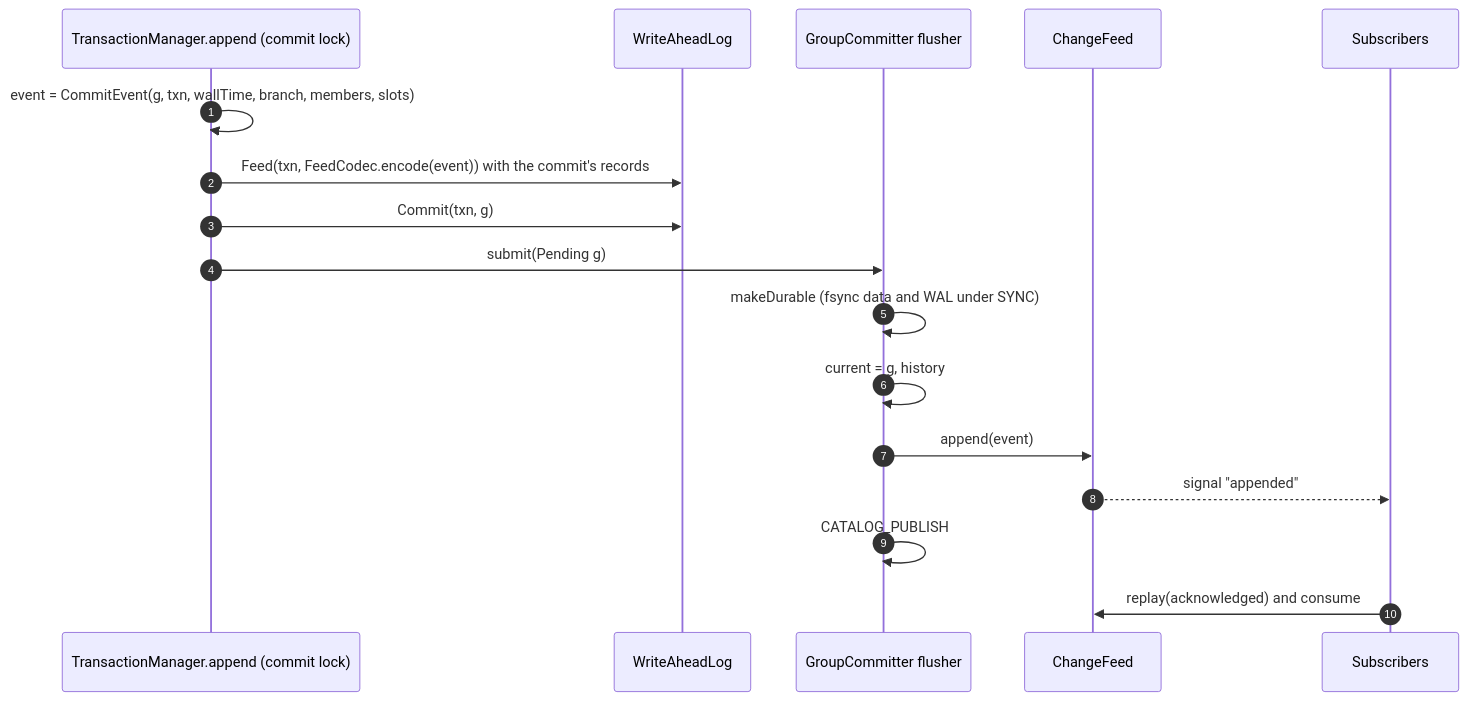
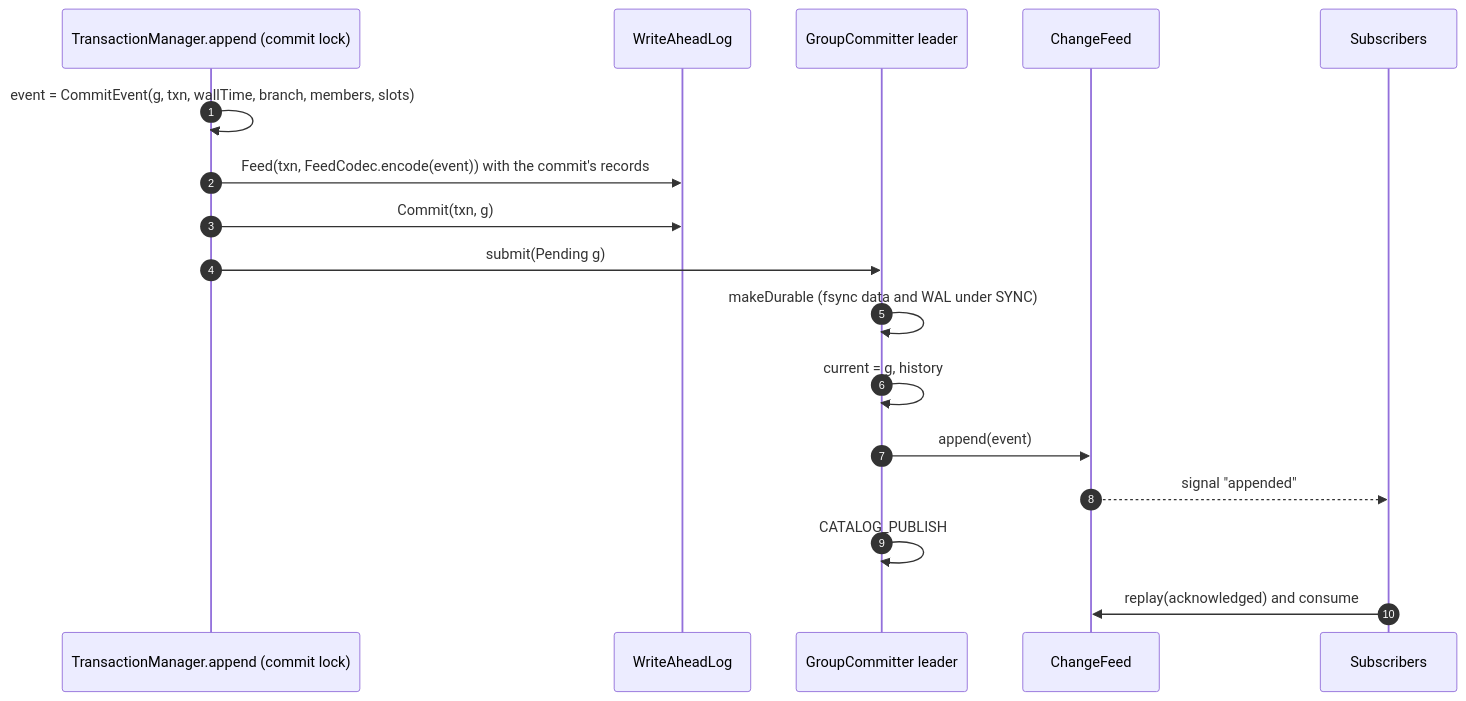
One commit to metacoglabs/hypergraph changed the first of 3 diagrams in docs/storage/change-feed.md. Above: the diagram before and after it, drawn with Mermaid. The commit also changed other lines of this file and 5 other files, not shown here.

````diff
--- a/docs/storage/change-feed.md
+++ b/docs/storage/change-feed.md
@@ -33,19 +33,19 @@
 ```mermaid
 sequenceDiagram
     autonumber
     participant TM as TransactionManager.append (commit lock)
     participant WAL as WriteAheadLog
-    participant G as GroupCommitter flusher
+    participant G as GroupCommitter leader
     participant CF as ChangeFeed
     participant S as Subscribers
     TM->>TM: event = CommitEvent(g, txn, wallTime, branch, members, slots)
     TM->>WAL: Feed(txn, FeedCodec.encode(event)) with the commit's records
     TM->>WAL: Commit(txn, g)
     TM->>G: submit(Pending g)
     G->>G: makeDurable (fsync data and WAL under SYNC)
     G->>G: current = g, history
     G->>CF: append(event)
     CF-->>S: signal "appended"
     G->>G: CATALOG_PUBLISH
     S->>CF: replay(acknowledged) and consume
 ```
````
